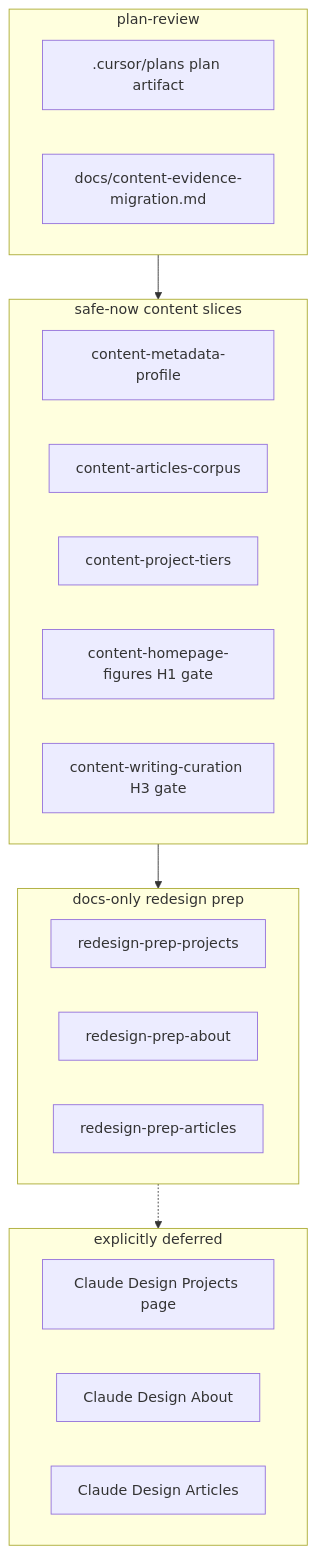
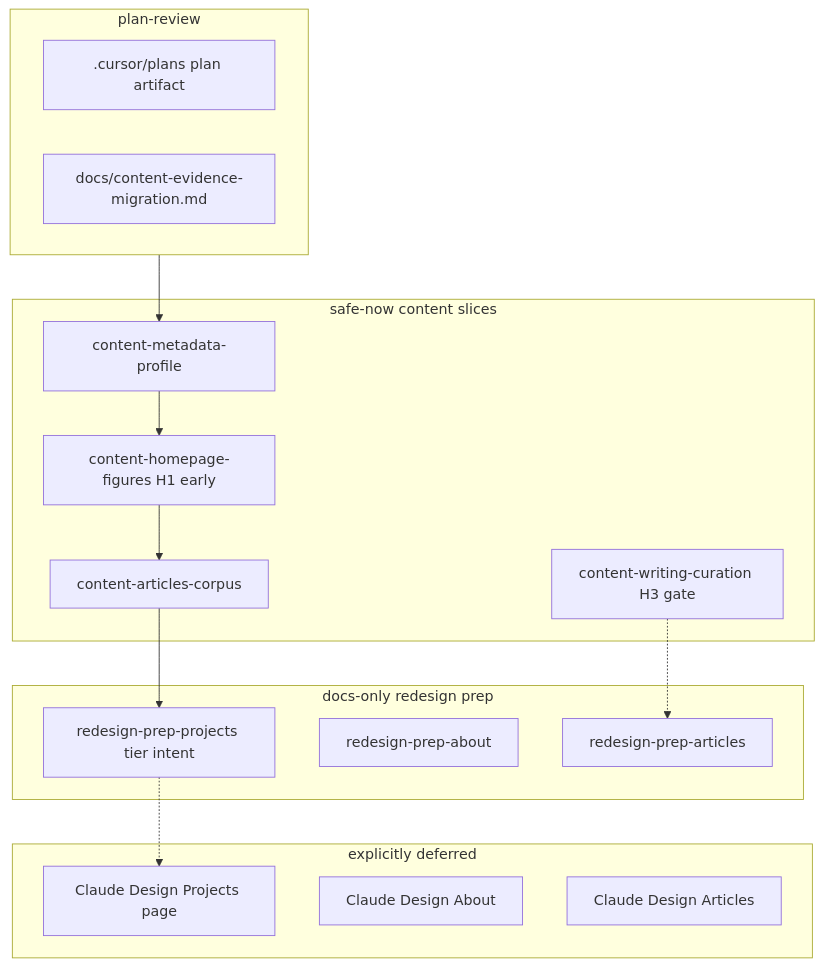
One commit to mastermichaelt/portfolio changed the diagram in .cursor/plans/2026-09-11-content-evidence-migration.plan.md. Above: the diagram before and after it, drawn with Mermaid. The commit also changed other lines of this file and 2 other files, not shown here.

First line of the commit message:
docs(plan): fold project-tiers into Projects prep; elevate H1 early

````diff
--- a/.cursor/plans/2026-09-11-content-evidence-migration.plan.md
+++ b/.cursor/plans/2026-09-11-content-evidence-migration.plan.md
@@ -81,27 +93,29 @@
 ```mermaid
 flowchart TD
   subgraph planReview [plan-review]
     planFile[.cursor/plans plan artifact]
     auditDoc[docs/content-evidence-migration.md]
   end
   subgraph safeNow [safe-now content slices]
     meta[content-metadata-profile]
+    figures[content-homepage-figures H1 early]
     corpus[content-articles-corpus]
-    tiers[content-project-tiers]
-    figures[content-homepage-figures H1 gate]
     writing[content-writing-curation H3 gate]
   end
   subgraph prep [docs-only redesign prep]
-    prepP[redesign-prep-projects]
+    prepP[redesign-prep-projects tier intent]
     prepA[redesign-prep-about]
     prepW[redesign-prep-articles]
   end
   subgraph deferred [explicitly deferred]
     designP[Claude Design Projects page]
     designA[Claude Design About]
     designW[Claude Design Articles]
   end
-  planReview --> safeNow
-  safeNow --> prep
-  prep -.-> deferred
+  planReview --> meta
+  meta --> figures
+  figures --> corpus
+  corpus --> prepP
+  prepP -.-> designP
+  writing -.-> prepW
 ```
````
